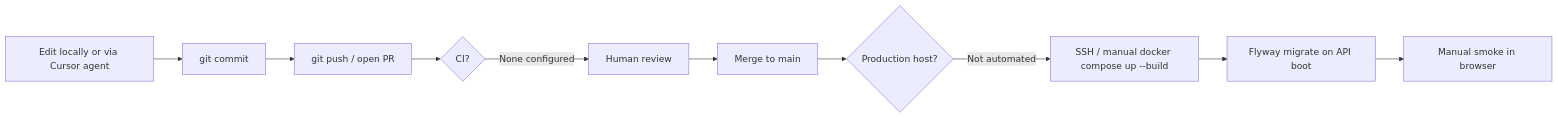
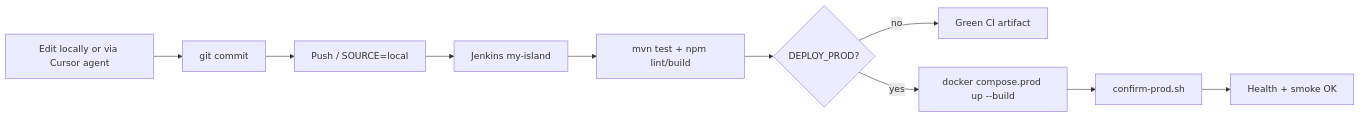
Before and after one commit to tezball/my-island: the diagram in docs/automation/CURRENT_FLOW.md, drawn with Mermaid. The commit also changed other lines of this file and 17 other files, not shown here.

First line of the commit message:
feat: add Jenkins CI/CD for build, test, deploy, confirm

````diff
--- a/docs/automation/CURRENT_FLOW.md
+++ b/docs/automation/CURRENT_FLOW.md
@@ -70,12 +77,12 @@
 ```mermaid
 flowchart LR
   A[Edit locally or via Cursor agent] --> B[git commit]
-  B --> C[git push / open PR]
-  C --> D{CI?}
-  D -->|None configured| E[Human review]
-  E --> F[Merge to main]
-  F --> G{Production host?}
-  G -->|Not automated| H[SSH / manual docker compose up --build]
-  H --> I[Flyway migrate on API boot]
-  I --> J[Manual smoke in browser]
+  B --> C[Push / SOURCE=local]
+  C --> D[Jenkins my-island]
+  D --> E[mvn test + npm lint/build]
+  E --> F{DEPLOY_PROD?}
+  F -->|no| G[Green CI artifact]
+  F -->|yes| H[docker compose.prod up --build]
+  H --> I[confirm-prod.sh]
+  I --> J[Health + smoke OK]
 ```
````
